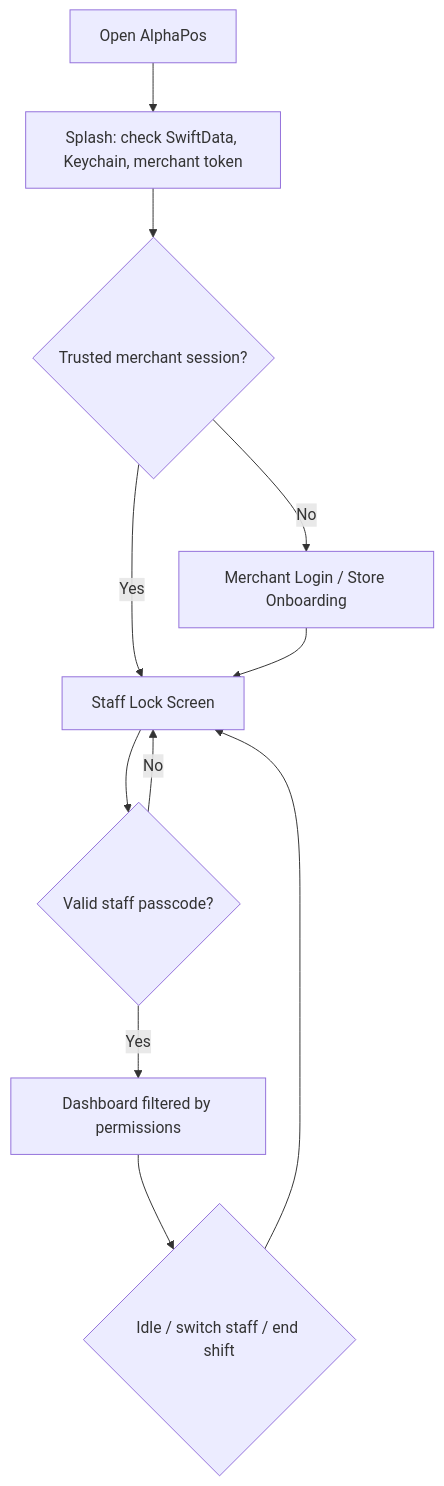
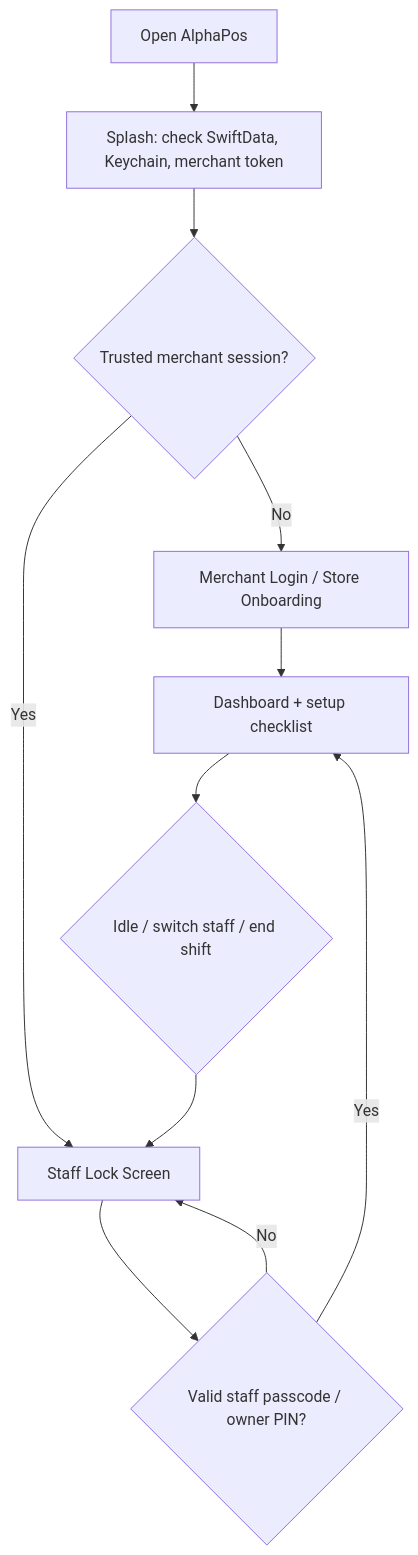
One commit to AltifaDev/AlphaPos changed the diagram in Docs/AUTH_UX_ARCHITECTURE.md. Above: the diagram before and after it, drawn with Mermaid. The commit also changed other lines of this file and 686 other files, not shown here.

````diff
--- a/Docs/AUTH_UX_ARCHITECTURE.md
+++ b/Docs/AUTH_UX_ARCHITECTURE.md
@@ -17,13 +17,13 @@
 ```mermaid
 flowchart TD
     A["Open AlphaPos"] --> B["Splash: check SwiftData, Keychain, merchant token"]
     B --> C{"Trusted merchant session?"}
     C -- "No" --> D["Merchant Login / Store Onboarding"]
     C -- "Yes" --> E["Staff Lock Screen"]
-    D --> E
-    E --> F{"Valid staff passcode?"}
+    D --> G
+    E --> F{"Valid staff passcode / owner PIN?"}
     F -- "No" --> E
-    F -- "Yes" --> G["Dashboard filtered by permissions"]
+    F -- "Yes" --> G["Dashboard + setup checklist"]
     G --> H{"Idle / switch staff / end shift"}
     H --> E
 ```
````
